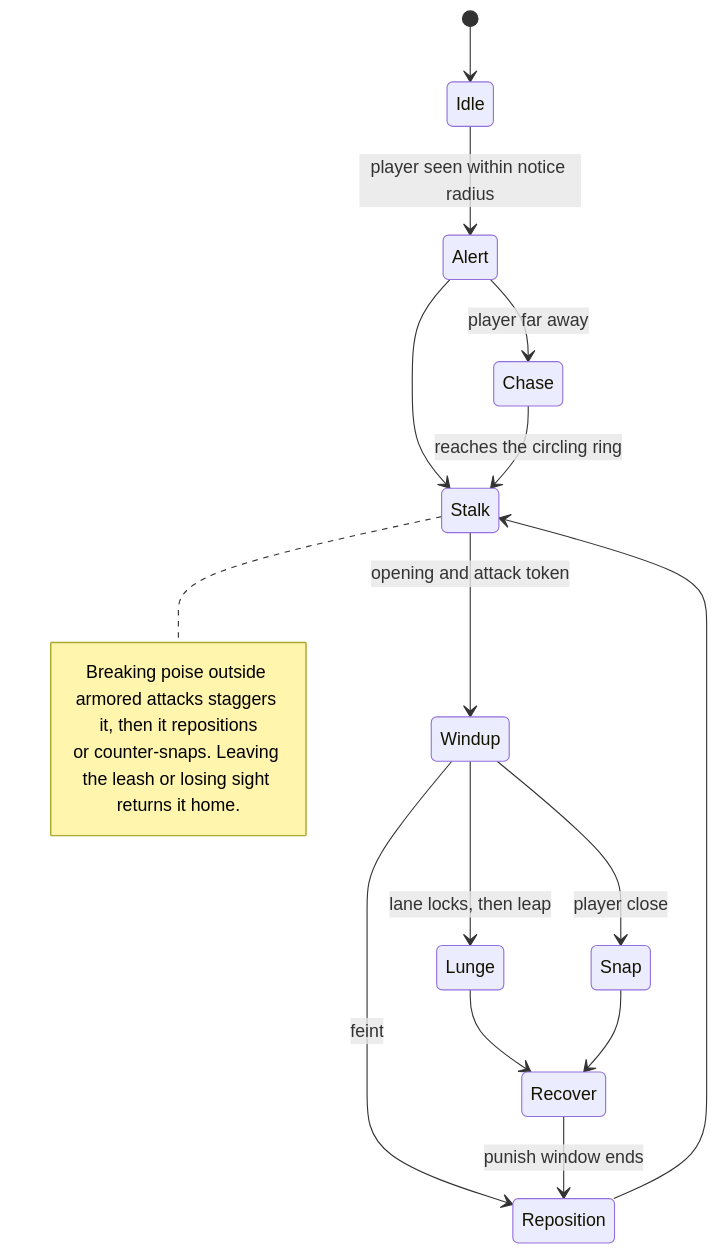
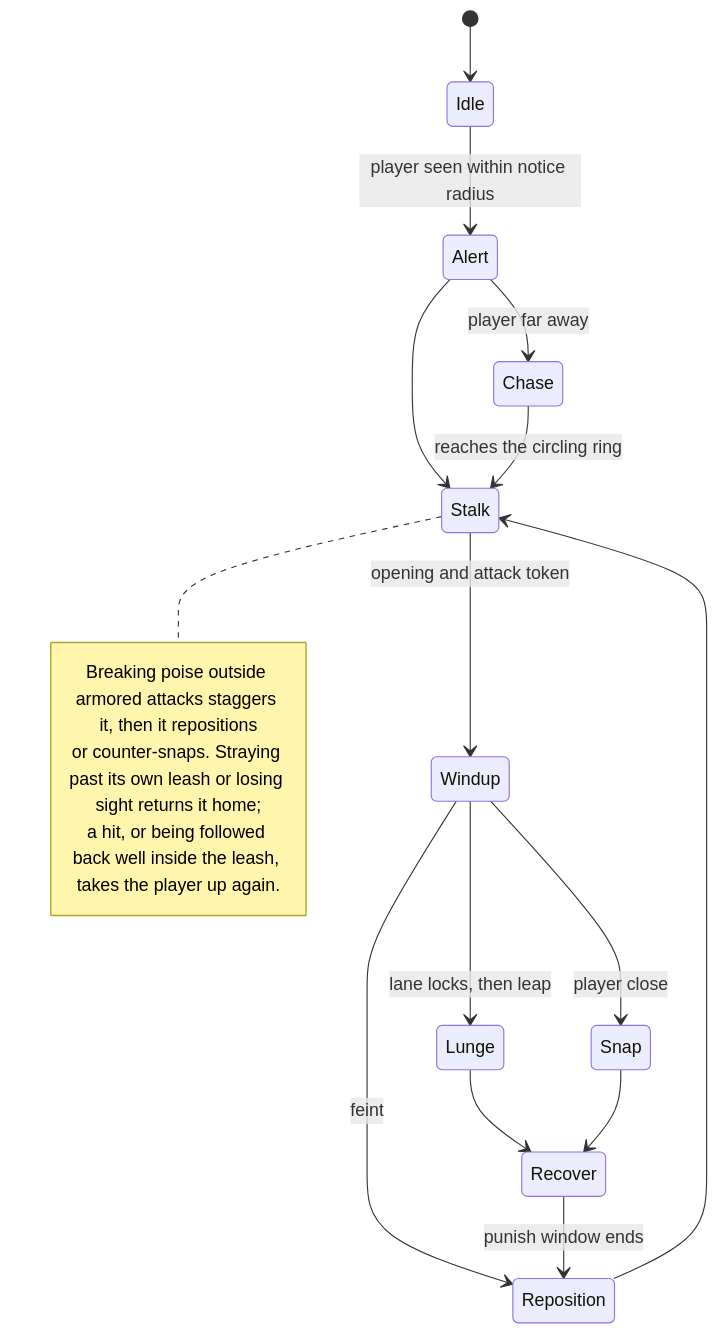
Before and after one commit to Ronno7/RoadOfTheOldKing: the fourth of 6 diagrams in Docs/SystemsOverview.md, drawn with Mermaid. The commit also changed other lines of this file and 8 other files, not shown here.

````diff
--- a/Docs/SystemsOverview.md
+++ b/Docs/SystemsOverview.md
@@ -252,20 +252,21 @@
 ```mermaid
 stateDiagram-v2
   [*] --> Idle
   Idle --> Alert: player seen within notice radius
   Alert --> Chase: player far away
   Alert --> Stalk
   Chase --> Stalk: reaches the circling ring
   Stalk --> Windup: opening and attack token
   Windup --> Lunge: lane locks, then leap
   Windup --> Snap: player close
   Windup --> Reposition: feint
   Lunge --> Recover
   Snap --> Recover
   Recover --> Reposition: punish window ends
   Reposition --> Stalk
   note right of Stalk
     Breaking poise outside armored attacks staggers it, then it repositions
-    or counter-snaps. Leaving the leash or losing sight returns it home.
+    or counter-snaps. Straying past its own leash or losing sight returns it home;
+    a hit, or being followed back well inside the leash, takes the player up again.
   end note
 ```
````
